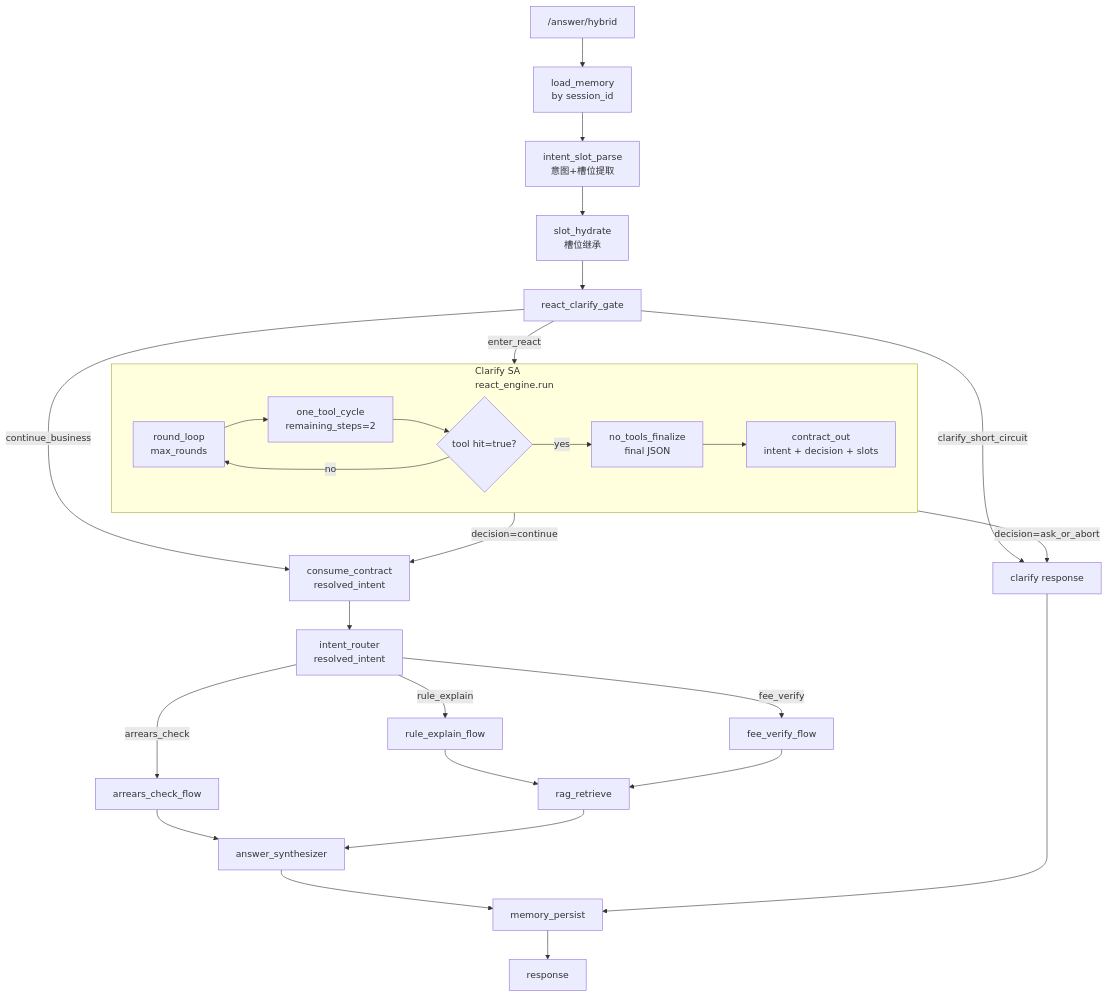
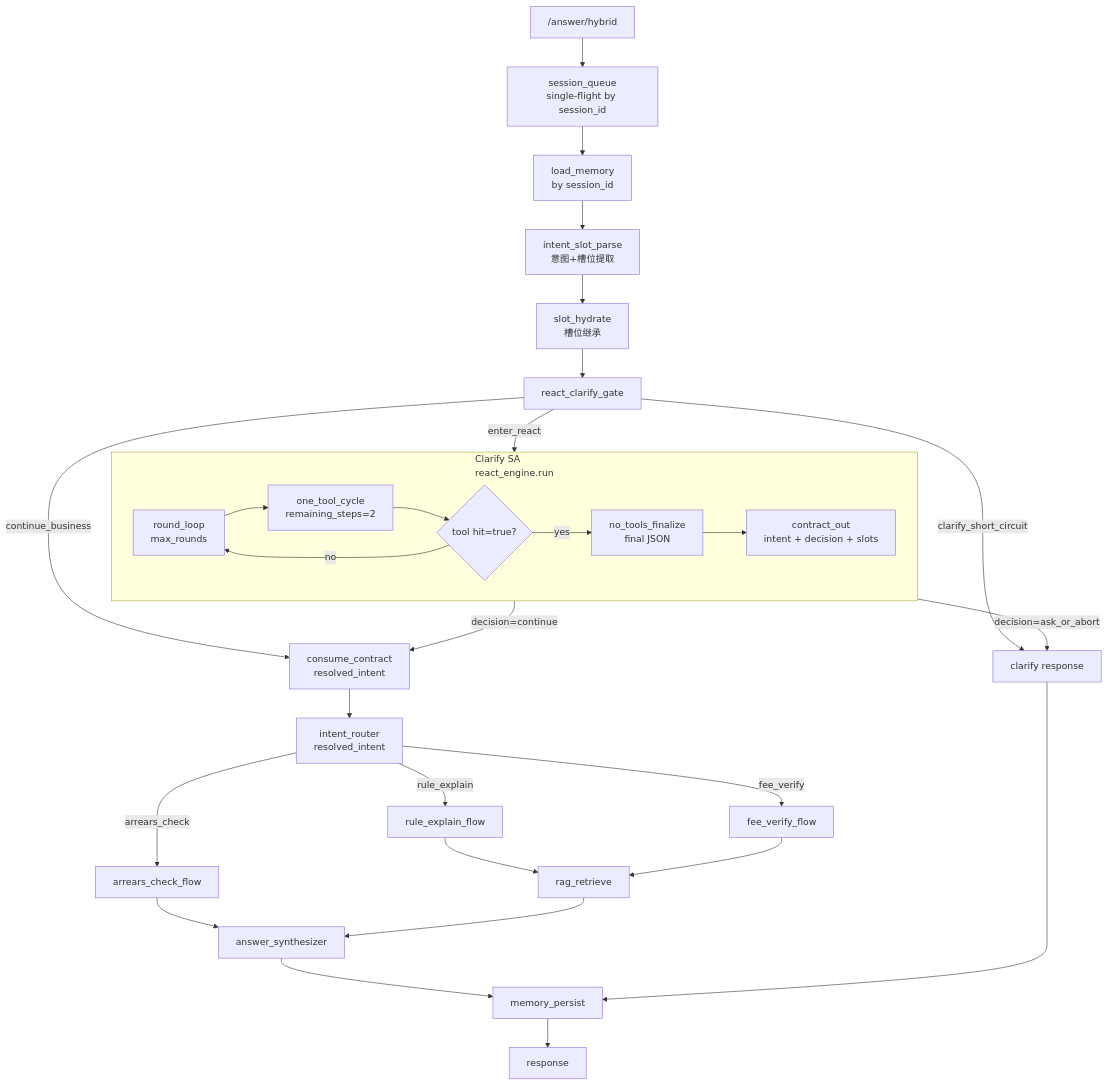
The diagram in README.md (newgpp/agent-parksuit), drawn with Mermaid before and after one commit. The commit also changed other lines of this file and 5 other files, not shown here.

Commit message:
feat: add session single-flight queue for hybrid workflow

````diff
--- a/README.md
+++ b/README.md
@@ -14,36 +15,37 @@
 ```mermaid
 flowchart TD
-    A["/answer/hybrid"] --> M["load_memory<br/>by session_id"]
+    A["/answer/hybrid"] --> Q["session_queue<br/>single-flight by session_id"]
+    Q --> M["load_memory<br/>by session_id"]
     M --> P1["intent_slot_parse<br/>意图+槽位提取"]
     P1 --> P2["slot_hydrate<br/>槽位继承"]
     P2 --> GATE["react_clarify_gate"]
 
     subgraph SA["Clarify SA<br/>react_engine.run"]
       R1["round_loop<br/>max_rounds"]
       R11["one_tool_cycle<br/>remaining_steps=2"]
       R12{"tool hit=true?"}
       R13["no_tools_finalize<br/>final JSON"]
       R2["contract_out<br/>intent + decision + slots"]
       R1 --> R11 --> R12
       R12 -->|yes| R13 --> R2
       R12 -->|no| R1
     end
 
     GATE -->|clarify_short_circuit| X["clarify response"]
     GATE -->|enter_react| SA
     SA -->|decision=ask_or_abort| X
     SA -->|decision=continue| COUT["consume_contract<br/>resolved_intent"]
     GATE -->|continue_business| COUT
     COUT --> B["intent_router<br/>resolved_intent"]
     B -->|rule_explain| C["rule_explain_flow"]
     B -->|arrears_check| D["arrears_check_flow"]
     B -->|fee_verify| E["fee_verify_flow"]
 
     C --> F["rag_retrieve"]
     E --> F
     D --> SYN["answer_synthesizer"]
     F --> SYN
     SYN --> MP["memory_persist"]
     X --> MP
     MP --> H["response"]
 ```
````
